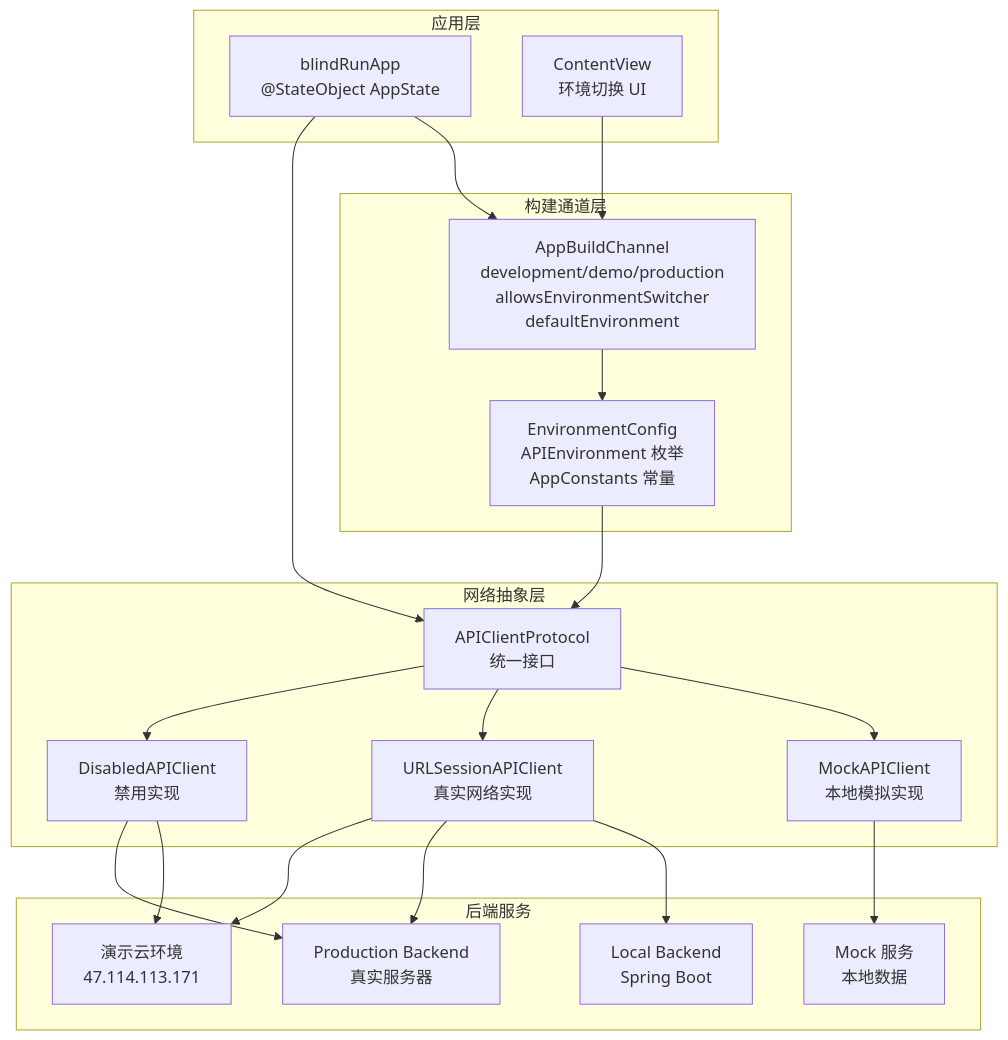
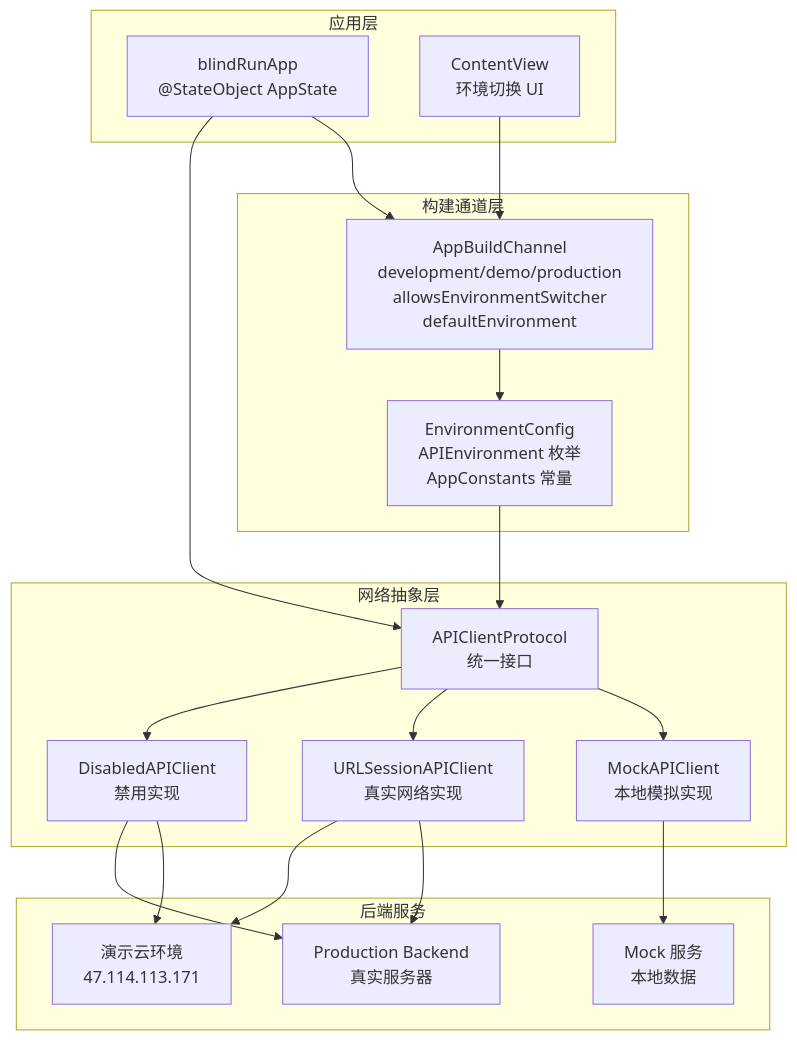
The second of 8 diagrams in .qoder/repowiki/zh/content/架构设计/API 环境配置.md (Jayden23018/blind-run-ios), drawn with Mermaid before and after one commit. The commit also changed other lines of this file and 9 other files, not shown here.

````diff
--- a/.qoder/repowiki/zh/content/架构设计/API 环境配置.md
+++ b/.qoder/repowiki/zh/content/架构设计/API 环境配置.md
@@ -149,37 +143,35 @@
 ```mermaid
 graph TB
 subgraph "构建通道层"
 BC["AppBuildChannel<br/>development/demo/production<br/>allowsEnvironmentSwitcher<br/>defaultEnvironment"]
 END["EnvironmentConfig<br/>APIEnvironment 枚举<br/>AppConstants 常量"]
 end
 subgraph "网络抽象层"
 AC["APIClientProtocol<br/>统一接口"]
 MC["MockAPIClient<br/>本地模拟实现"]
 UC["URLSessionAPIClient<br/>真实网络实现"]
 DC["DisabledAPIClient<br/>禁用实现"]
 end
 subgraph "应用层"
 BA["blindRunApp<br/>@StateObject AppState"]
 CV["ContentView<br/>环境切换 UI"]
 end
 subgraph "后端服务"
-LB["Local Backend<br/>Spring Boot"]
 PRD["Production Backend<br/>真实服务器"]
 MOCK["Mock 服务<br/>本地数据"]
 DEMO["演示云环境<br/>47.114.113.171"]
 end
 BC --> END
 END --> AC
 AC --> MC
 AC --> UC
 AC --> DC
 BA --> BC
 BA --> AC
 CV --> BC
 MC --> MOCK
-UC --> LB
 UC --> PRD
 UC --> DEMO
 DC --> DEMO
 DC --> PRD
 ```
````
